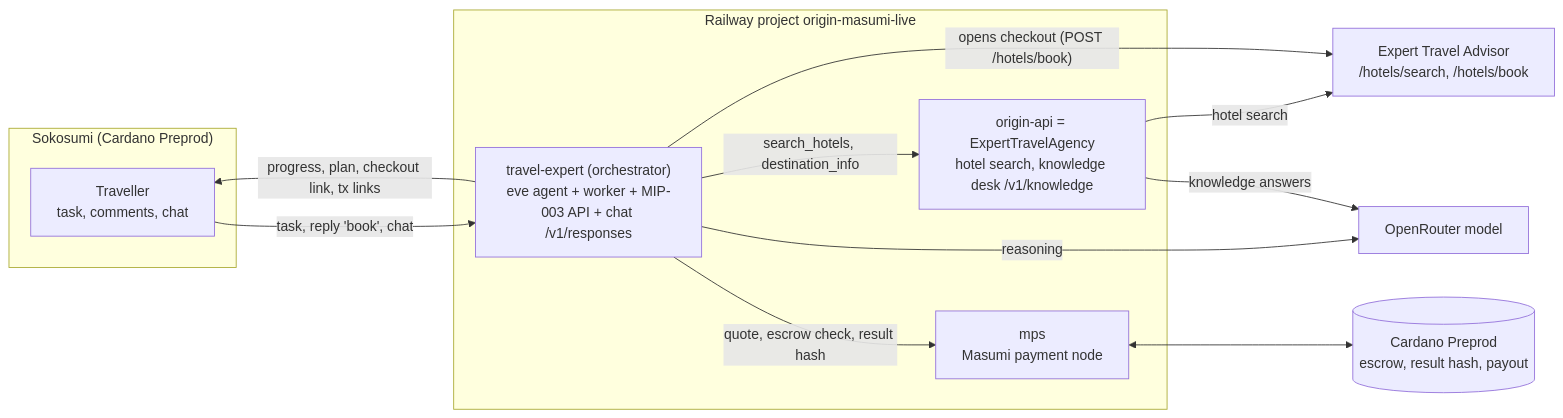
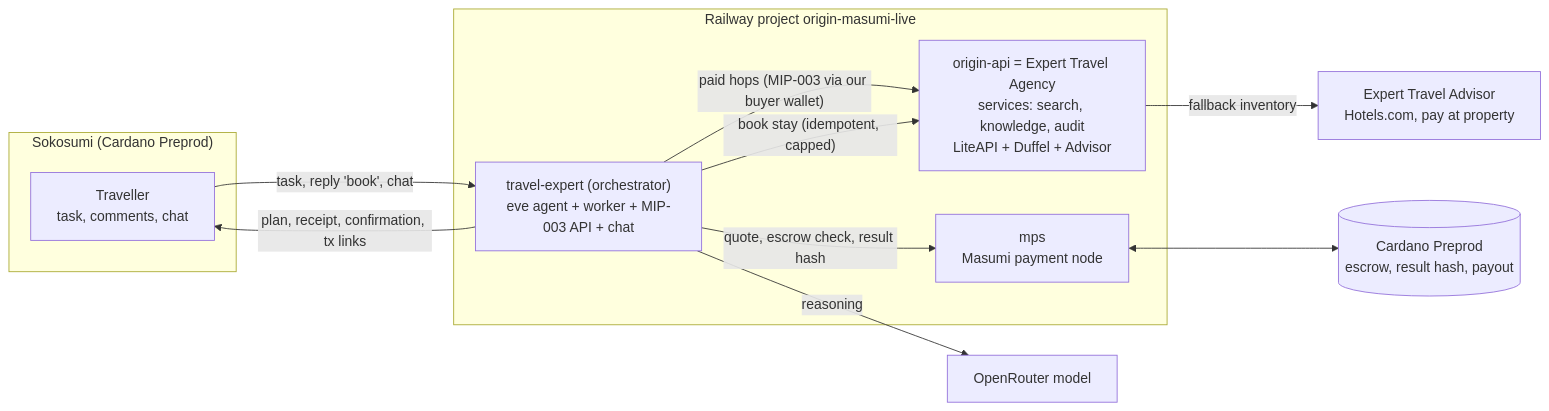
The second of 2 diagrams in README.md (aeither/TravelExpert), drawn with Mermaid before and after one commit. The commit also changed other lines of this file and 37 other files, not shown here.

Commit message:
feat: Trip Desk, paid multi-agent flow with audit, receipt, LiteAPI booking and concurrent tasks

````diff
--- a/README.md
+++ b/README.md
@@ -7,24 +51,23 @@
 ```mermaid
 flowchart LR
   subgraph Sokosumi["Sokosumi (Cardano Preprod)"]
     U["Traveller<br/>task, comments, chat"]
   end
   subgraph Railway["Railway project origin-masumi-live"]
-    TE["travel-expert (orchestrator)<br/>eve agent + worker + MIP-003 API + chat /v1/responses"]
-    OA["origin-api = ExpertTravelAgency<br/>hotel search, knowledge desk /v1/knowledge"]
+    TE["travel-expert (orchestrator)<br/>eve agent + worker + MIP-003 API + chat"]
+    OA["origin-api = Expert Travel Agency<br/>services: search, knowledge, audit<br/>LiteAPI + Duffel + Advisor"]
     MPS["mps<br/>Masumi payment node"]
   end
-  ADV["Expert Travel Advisor<br/>/hotels/search, /hotels/book"]
+  ADV["Expert Travel Advisor<br/>Hotels.com, pay at property"]
   CHAIN[("Cardano Preprod<br/>escrow, result hash, payout")]
   LLM["OpenRouter model"]
 
   U -- "task, reply 'book', chat" --> TE
-  TE -- "progress, plan, checkout link, tx links" --> U
-  TE -- "search_hotels, destination_info" --> OA
-  OA -- "hotel search" --> ADV
-  TE -- "opens checkout (POST /hotels/book)" --> ADV
+  TE -- "plan, receipt, confirmation, tx links" --> U
+  TE -- "paid hops (MIP-003 via our buyer wallet)" --> OA
+  TE -- "book stay (idempotent, capped)" --> OA
+  OA -- "fallback inventory" --> ADV
   TE -- "quote, escrow check, result hash" --> MPS
   MPS <--> CHAIN
   TE -- "reasoning" --> LLM
-  OA -- "knowledge answers" --> LLM
 ```
````
